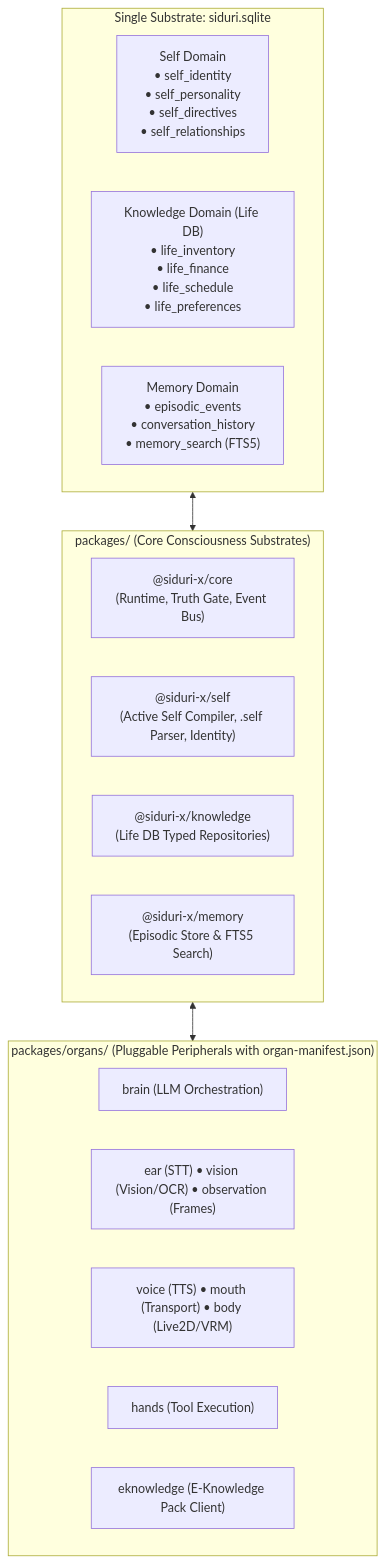
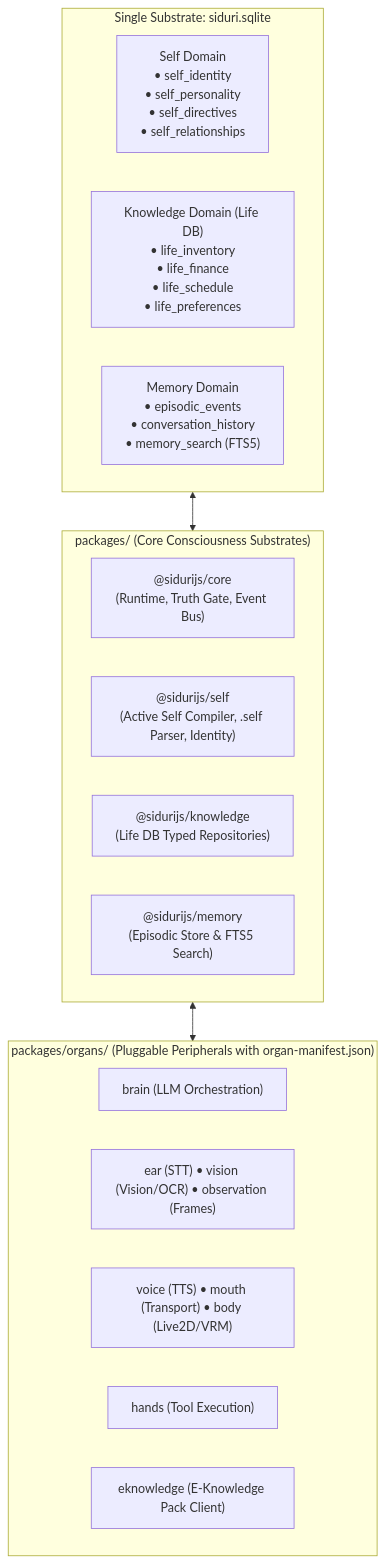
One commit to vxnus-studio/siduri-x changed the first of 2 diagrams in docs/self-organ-knowledge/03-phased-migration-plan.md. Above: the diagram before and after it, drawn with Mermaid. The commit also changed other lines of this file and 142 other files, not shown here.

First line of the commit message:
feat(ecosystem): migrate organ ecosystem to @sidurijs@1.0.0 and release @vxnus/siduri@2.1.0

````diff
--- a/docs/self-organ-knowledge/03-phased-migration-plan.md
+++ b/docs/self-organ-knowledge/03-phased-migration-plan.md
@@ -21,26 +21,26 @@
 ```mermaid
 flowchart TD
     subgraph UnifiedStore["Single Substrate: siduri.sqlite"]
         SelfDB["Self Domain\n• self_identity\n• self_personality\n• self_directives\n• self_relationships"]
         LifeDB["Knowledge Domain (Life DB)\n• life_inventory\n• life_finance\n• life_schedule\n• life_preferences"]
         EpisodicDB["Memory Domain\n• episodic_events\n• conversation_history\n• memory_search (FTS5)"]
     end
 
     subgraph CoreDomains["packages/ (Core Consciousness Substrates)"]
-        Core["@siduri-x/core\n(Runtime, Truth Gate, Event Bus)"]
-        Self["@siduri-x/self\n(Active Self Compiler, .self Parser, Identity)"]
-        Knowledge["@siduri-x/knowledge\n(Life DB Typed Repositories)"]
-        Memory["@siduri-x/memory\n(Episodic Store & FTS5 Search)"]
+        Core["@sidurijs/core\n(Runtime, Truth Gate, Event Bus)"]
+        Self["@sidurijs/self\n(Active Self Compiler, .self Parser, Identity)"]
+        Knowledge["@sidurijs/knowledge\n(Life DB Typed Repositories)"]
+        Memory["@sidurijs/memory\n(Episodic Store & FTS5 Search)"]
     end
 
     subgraph Organs["packages/organs/ (Pluggable Peripherals with organ-manifest.json)"]
         Brain["brain (LLM Orchestration)"]
         Sensory["ear (STT) • vision (Vision/OCR) • observation (Frames)"]
         Expressive["voice (TTS) • mouth (Transport) • body (Live2D/VRM)"]
         Action["hands (Tool Execution)"]
         ExtKnowledge["eknowledge (E-Knowledge Pack Client)"]
     end
 
     UnifiedStore <--> CoreDomains
     CoreDomains <--> Organs
 ```
````
